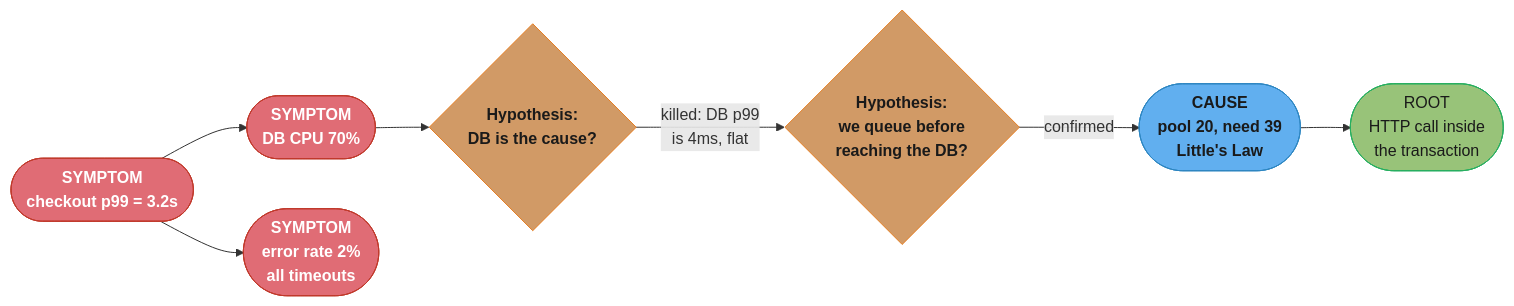
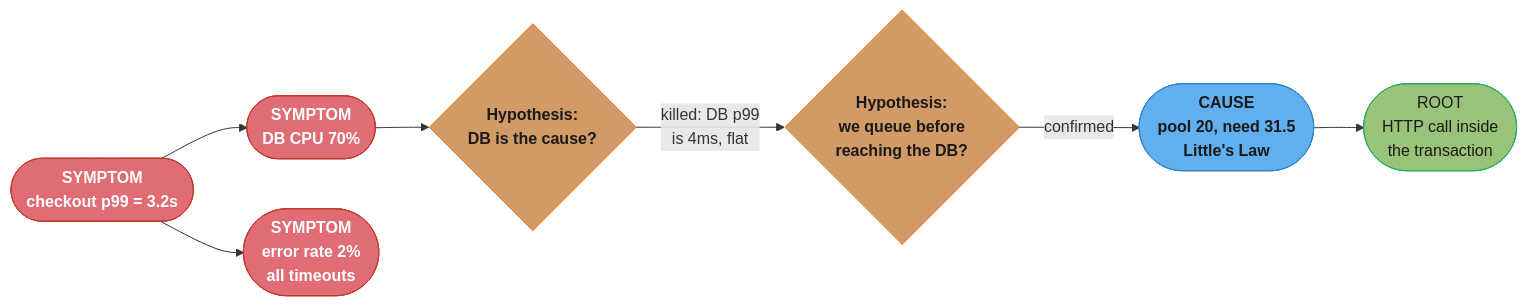
One commit to rppol/system-design changed the third of 3 diagrams in src/main/java/com/rutik/systemdesign/backend/performance_engineering_method/performance_engineering_method.md. Above: the diagram before and after it, drawn with Mermaid. The commit also changed other lines of this file and 10 other files, not shown here.

````diff
--- a/src/main/java/com/rutik/systemdesign/backend/performance_engineering_method/performance_engineering_method.md
+++ b/src/main/java/com/rutik/systemdesign/backend/performance_engineering_method/performance_engineering_method.md
@@ -174,22 +174,22 @@
 ```mermaid
 flowchart LR
     classDef lossN  fill:#e06c75,stroke:#c0392b,color:#fff,font-weight:bold
     classDef mathOp fill:#d19a66,stroke:#e67e22,color:#1a1a1a,font-weight:bold
     classDef train  fill:#98c379,stroke:#27ae60,color:#1a1a1a
     classDef io     fill:#61afef,stroke:#2e86c1,color:#1a1a1a,font-weight:bold
 
     s1(["SYMPTOM<br/>checkout p99 = 3.2s"]) --> s2(["SYMPTOM<br/>DB CPU 70%"])
     s1 --> s3(["SYMPTOM<br/>error rate 2%<br/>all timeouts"])
     s2 --> h1{"Hypothesis:<br/>DB is the cause?"}
     h1 -->|"killed: DB p99<br/>is 4ms, flat"| h2{"Hypothesis:<br/>we queue before<br/>reaching the DB?"}
-    h2 -->|"confirmed"| c1(["CAUSE<br/>pool 20, need 39<br/>Little's Law"])
+    h2 -->|"confirmed"| c1(["CAUSE<br/>pool 20, need 31.5<br/>Little's Law"])
     c1 --> c2(["ROOT<br/>HTTP call inside<br/>the transaction"])
 
     class s1 lossN
     class s2 lossN
     class s3 lossN
     class h1 mathOp
     class h2 mathOp
     class c1 io
     class c2 train
 ```
````
